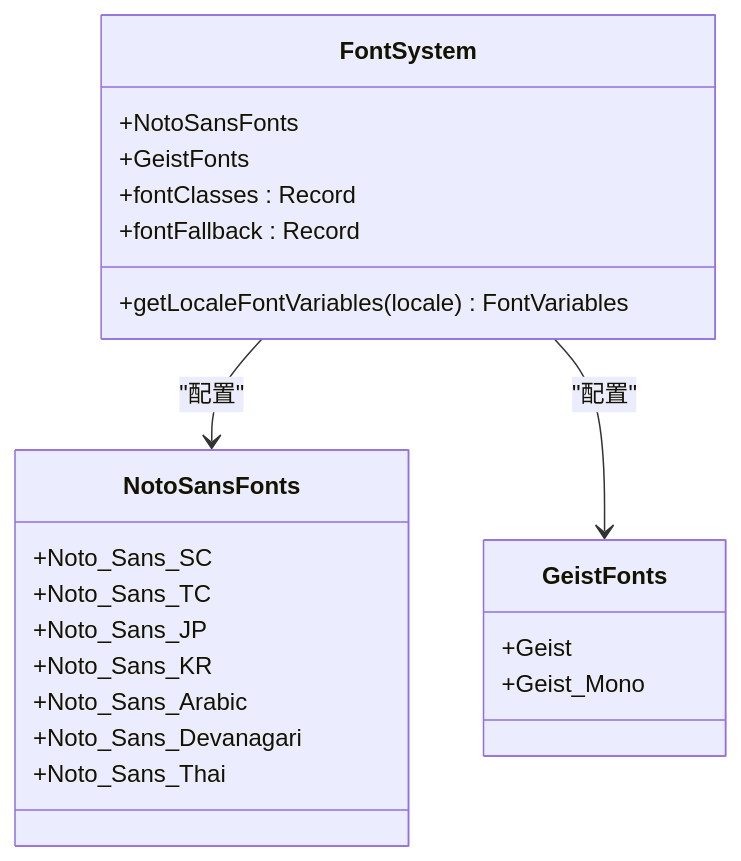
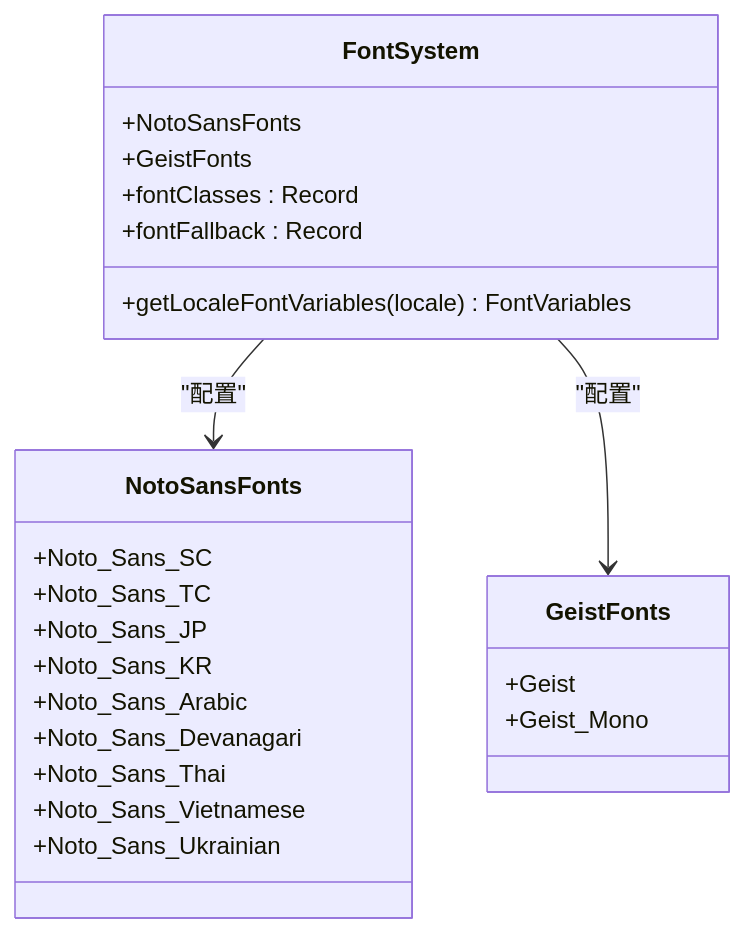
Before and after one commit to sgyy/privadeck: the fourth of 13 diagrams in .qoder/repowiki/zh/content/技术架构/国际化系统.md, drawn with Mermaid. The commit also changed other lines of this file and 2 other files, not shown here.

````diff
--- a/.qoder/repowiki/zh/content/技术架构/国际化系统.md
+++ b/.qoder/repowiki/zh/content/技术架构/国际化系统.md
@@ -280,25 +285,27 @@
 ```mermaid
 classDiagram
 class FontSystem {
 +getLocaleFontVariables(locale) FontVariables
 +NotoSansFonts
 +GeistFonts
 +fontClasses : Record<Locale, string>
 +fontFallback : Record<Locale, string>
 }
 class NotoSansFonts {
 +Noto_Sans_SC
 +Noto_Sans_TC
 +Noto_Sans_JP
 +Noto_Sans_KR
 +Noto_Sans_Arabic
 +Noto_Sans_Devanagari
 +Noto_Sans_Thai
++Noto_Sans_Vietnamese
++Noto_Sans_Ukrainian
 }
 class GeistFonts {
 +Geist
 +Geist_Mono
 }
 FontSystem --> NotoSansFonts : "配置"
 FontSystem --> GeistFonts : "配置"
 ```
````
